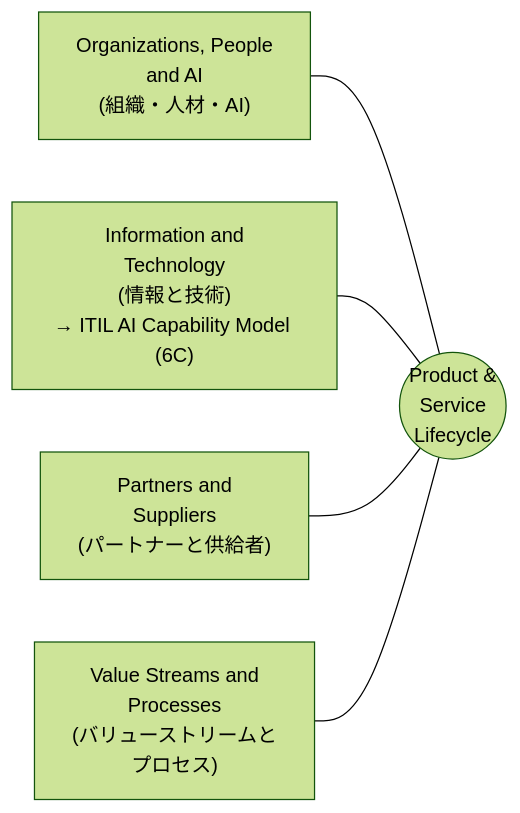
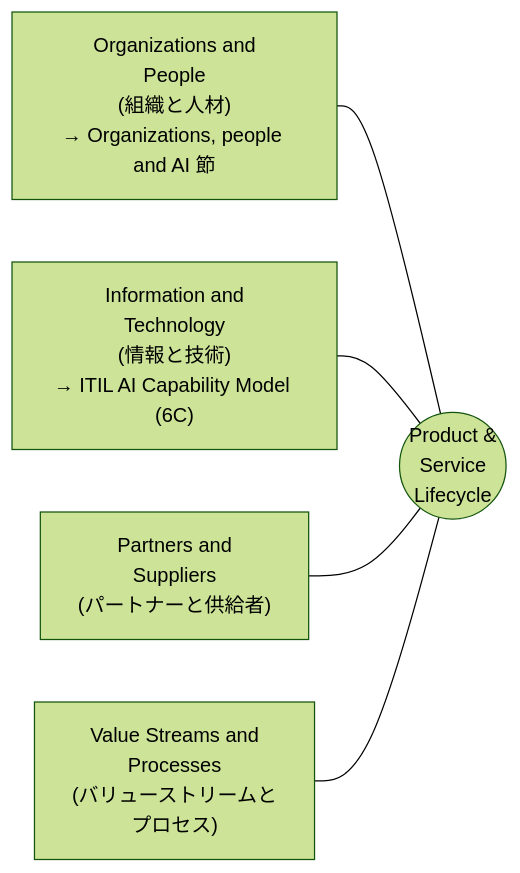
Before and after one commit to myoshi2891/Comparison-of-LLMs: the eighth of 14 diagrams in Itil-ai-governance-v5-study-guide.md, drawn with Mermaid (forest theme). The commit also changed other lines of this file, not shown here.

````diff
--- a/Itil-ai-governance-v5-study-guide.md
+++ b/Itil-ai-governance-v5-study-guide.md
@@ -384,13 +390,13 @@
 ```mermaid
 flowchart LR
-    D1["Organizations, People<br/>and AI<br/>(組織・人材・AI)"]
+    D1["Organizations and<br/>People<br/>(組織と人材)<br/>→ Organizations, people and AI 節"]
     D2["Information and<br/>Technology<br/>(情報と技術)<br/>→ ITIL AI Capability Model (6C)"]
     D3["Partners and<br/>Suppliers<br/>(パートナーと供給者)"]
     D4["Value Streams and<br/>Processes<br/>(バリューストリームと<br/>プロセス)"]
 
     CENTER(("Product &<br/>Service<br/>Lifecycle"))
     D1 --- CENTER
     D2 --- CENTER
     D3 --- CENTER
     D4 --- CENTER
 ```
````
